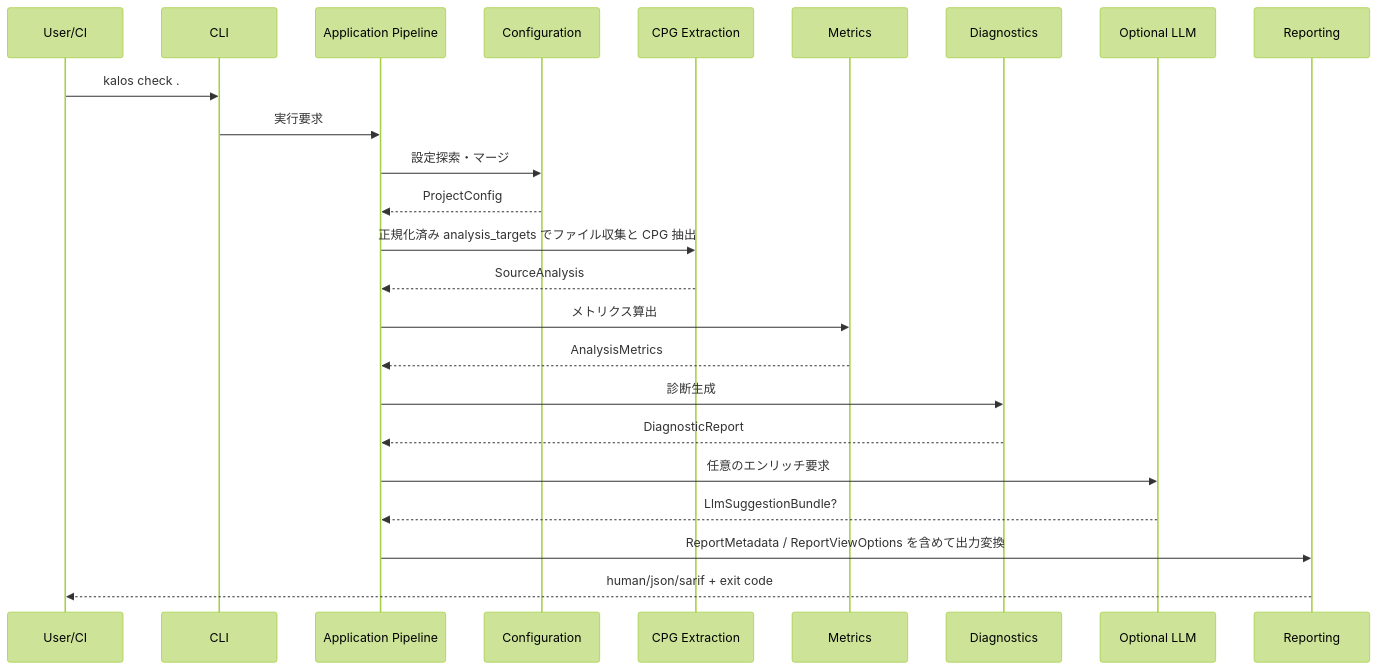
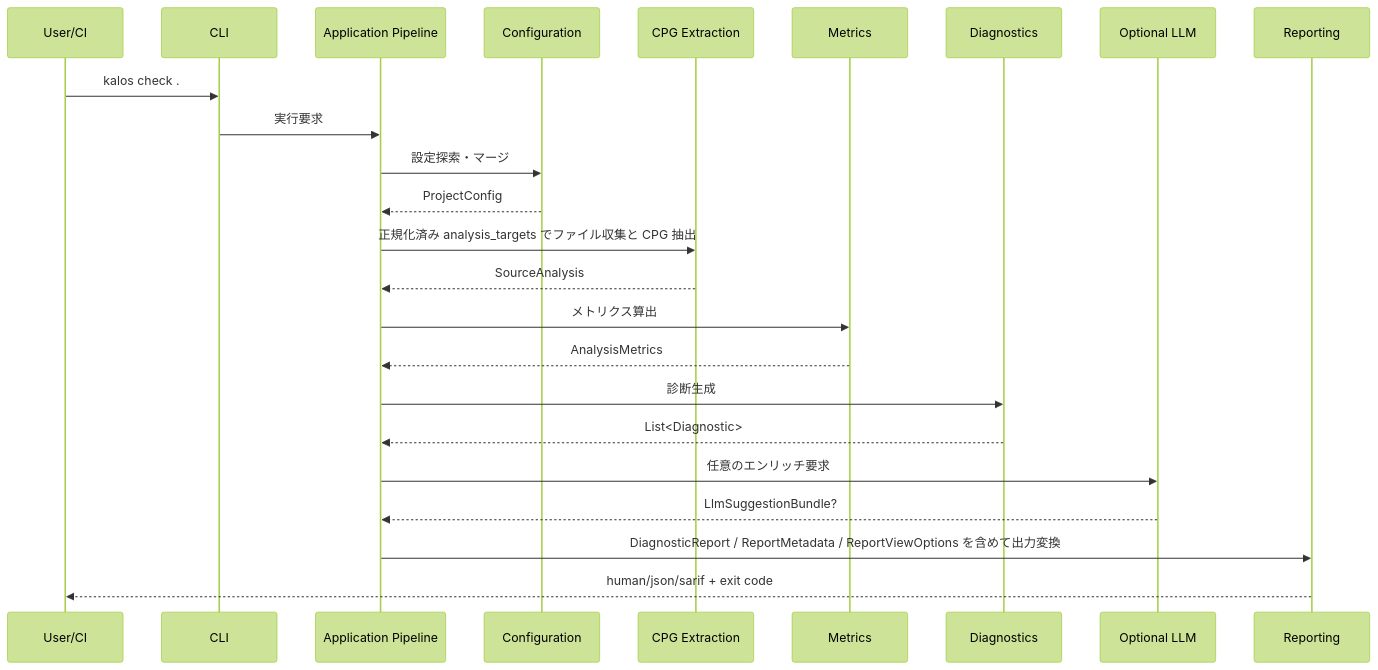
Before and after one commit to RK0429/kalos: the third of 4 diagrams in docs/architecture.md, drawn with Mermaid (forest theme). The commit also changed other lines of this file and 4 other files, not shown here.

Commit message:
chore: Update architecture, domain model, and requirements documentation to version 0.2.12, refining `Diagnostic` and `DiagnosticReport` structures, clarifying plugin evaluation contracts, and enhancing baseline cache handling for improved diagnostic reporting and summary materialization

````diff
--- a/docs/architecture.md
+++ b/docs/architecture.md
@@ -271,27 +273,27 @@
 ```mermaid
 sequenceDiagram
     participant U as User/CI
     participant CLI as CLI
     participant APP as Application Pipeline
     participant CFG as Configuration
     participant CPG as CPG Extraction
     participant M as Metrics
     participant D as Diagnostics
     participant LLM as Optional LLM
     participant R as Reporting
 
     U->>CLI: kalos check .
     CLI->>APP: 実行要求
     APP->>CFG: 設定探索・マージ
     CFG-->>APP: ProjectConfig
     APP->>CPG: 正規化済み analysis_targets でファイル収集と CPG 抽出
     CPG-->>APP: SourceAnalysis
     APP->>M: メトリクス算出
     M-->>APP: AnalysisMetrics
     APP->>D: 診断生成
-    D-->>APP: DiagnosticReport
+    D-->>APP: List<Diagnostic>
     APP->>LLM: 任意のエンリッチ要求
     LLM-->>APP: LlmSuggestionBundle?
-    APP->>R: ReportMetadata / ReportViewOptions を含めて出力変換
+    APP->>R: DiagnosticReport / ReportMetadata / ReportViewOptions を含めて出力変換
     R-->>U: human/json/sarif + exit code
 ```
````
